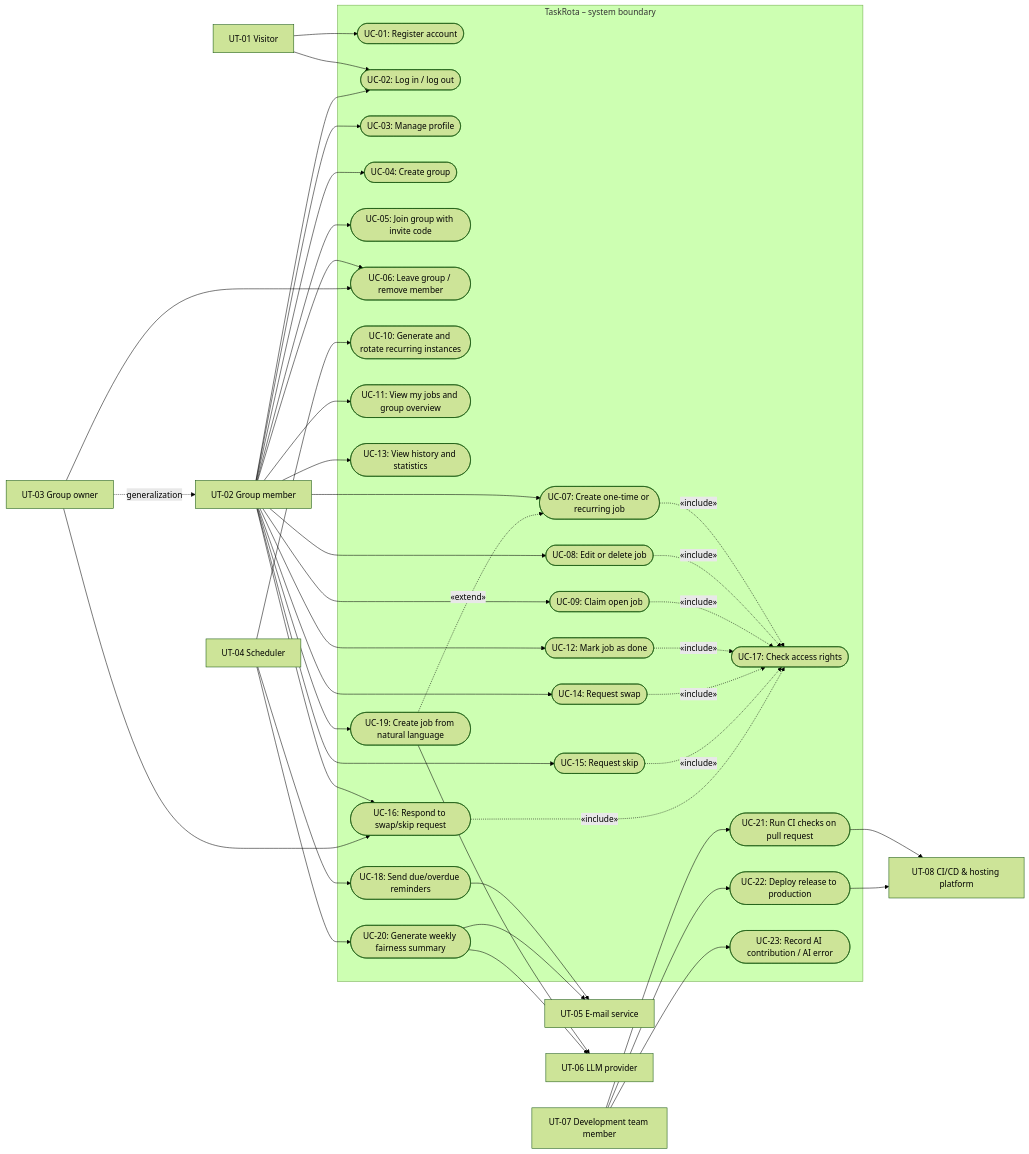
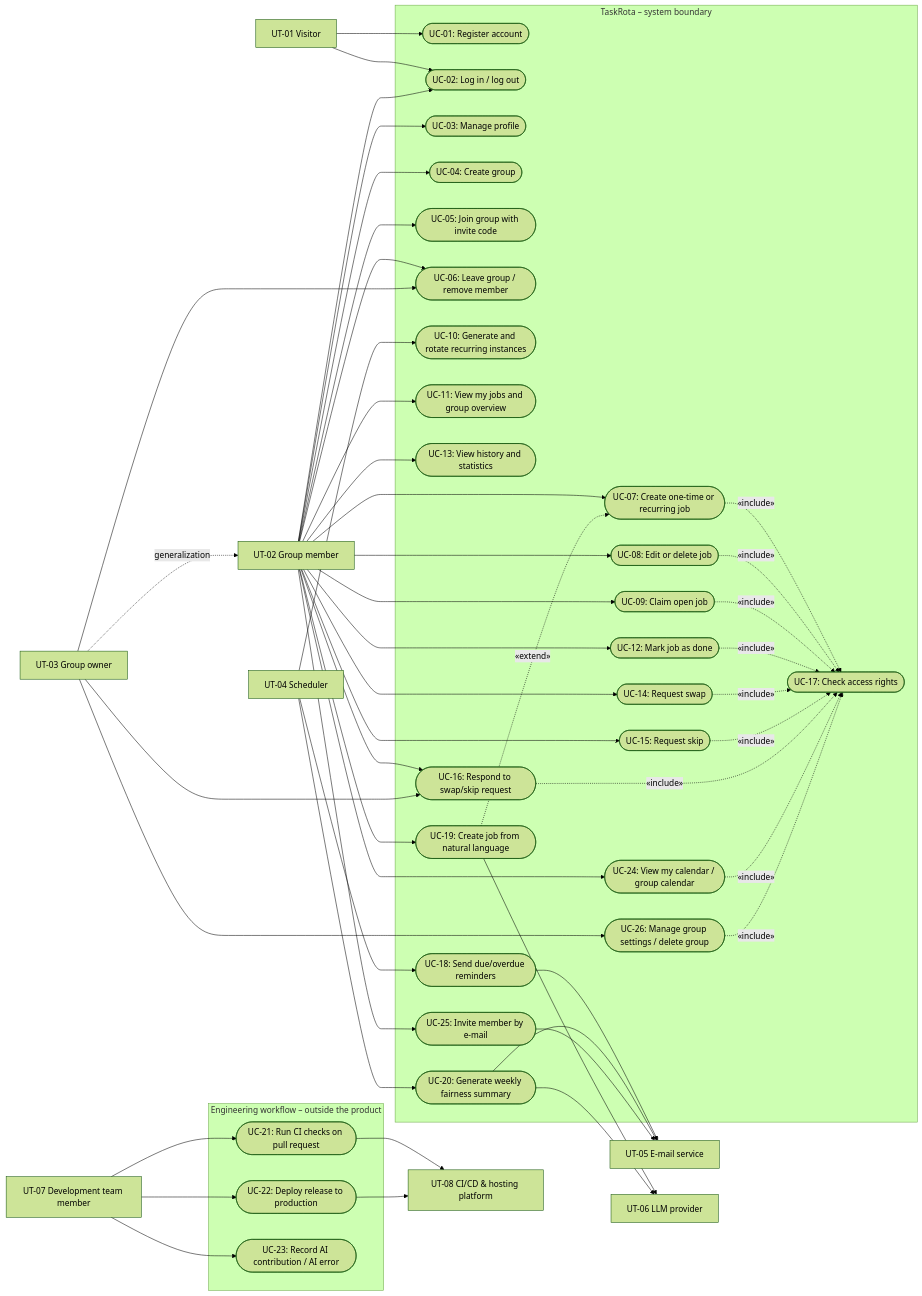
The first of 9 diagrams in Requirements_Specification_TaskRota.md (AhmetSCakmak/TaskRota), drawn with Mermaid (forest theme) before and after one commit. The commit also changed other lines of this file, not shown here.

````diff
--- a/Requirements_Specification_TaskRota.md
+++ b/Requirements_Specification_TaskRota.md
@@ -311,7 +348,6 @@
     Visitor["UT-01 Visitor"]
     Member["UT-02 Group member"]
     Owner["UT-03 Group owner"]
-    Dev["UT-07 Development team member"]
 
     subgraph System["TaskRota – system boundary"]
         UC01(["UC-01: Register account"])
@@ -334,14 +370,21 @@
         UC18(["UC-18: Send due/overdue reminders"])
         UC19(["UC-19: Create job from natural language"])
         UC20(["UC-20: Generate weekly fairness summary"])
-        UC21(["UC-21: Run CI checks on pull request"])
-        UC22(["UC-22: Deploy release to production"])
-        UC23(["UC-23: Record AI contribution / AI error"])
+        UC24(["UC-24: View my calendar / group calendar"])
+        UC25(["UC-25: Invite member by e-mail"])
+        UC26(["UC-26: Manage group settings / delete group"])
     end
 
     Scheduler["UT-04 Scheduler"]
     Email["UT-05 E-mail service"]
     LLM["UT-06 LLM provider"]
+
+    Dev["UT-07 Development team member"]
+    subgraph Eng["Engineering workflow – outside the product"]
+        UC21(["UC-21: Run CI checks on pull request"])
+        UC22(["UC-22: Deploy release to production"])
+        UC23(["UC-23: Record AI contribution / AI error"])
+    end
     Platform["UT-08 CI/CD & hosting platform"]
 
     Owner -.->|generalization| Member
@@ -363,14 +406,18 @@
     Member --> UC15
     Member --> UC16
     Member --> UC19
+    Member --> UC24
+    Member --> UC25
     Owner --> UC06
     Owner --> UC16
+    Owner --> UC26
 
     Scheduler --> UC10
     Scheduler --> UC18
     Scheduler --> UC20
     UC18 --> Email
     UC20 --> Email
+    UC25 --> Email
     UC19 --> LLM
     UC20 --> LLM
 
@@ -387,5 +434,7 @@
     UC14 -.->|«include»| UC17
     UC15 -.->|«include»| UC17
     UC16 -.->|«include»| UC17
+    UC24 -.->|«include»| UC17
+    UC26 -.->|«include»| UC17
     UC19 -.->|«extend»| UC07
 ```
````
